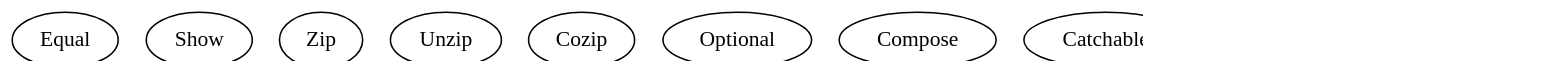
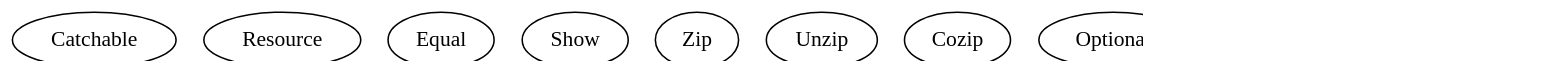
Before and after one commit to fommil/fpmortals: the fourth of 10 diagrams in manuscript/book.org, drawn with Graphviz. The commit also changed other lines of this file and 7 other files, not shown here.

Commit message:
improve the diagrams

```diff
--- a/manuscript/book.org
+++ b/manuscript/book.org
@@ -3118,19 +3121,19 @@
 #+BEGIN_SRC dot :file images/scalaz-core-loners.png :exports results
 digraph G {
     graph [dpi=100, rankdir=BT];
     node [fontname=Hack];
 
     subgraph {
+        Catchable;
+        Resource;
         Equal;
         Show;
         Zip;
         Unzip;
         Cozip;
         Optional;
         Compose;
-        Catchable;
         Associative;
-        Resource;
     }
 }
 #+END_SRC
```
